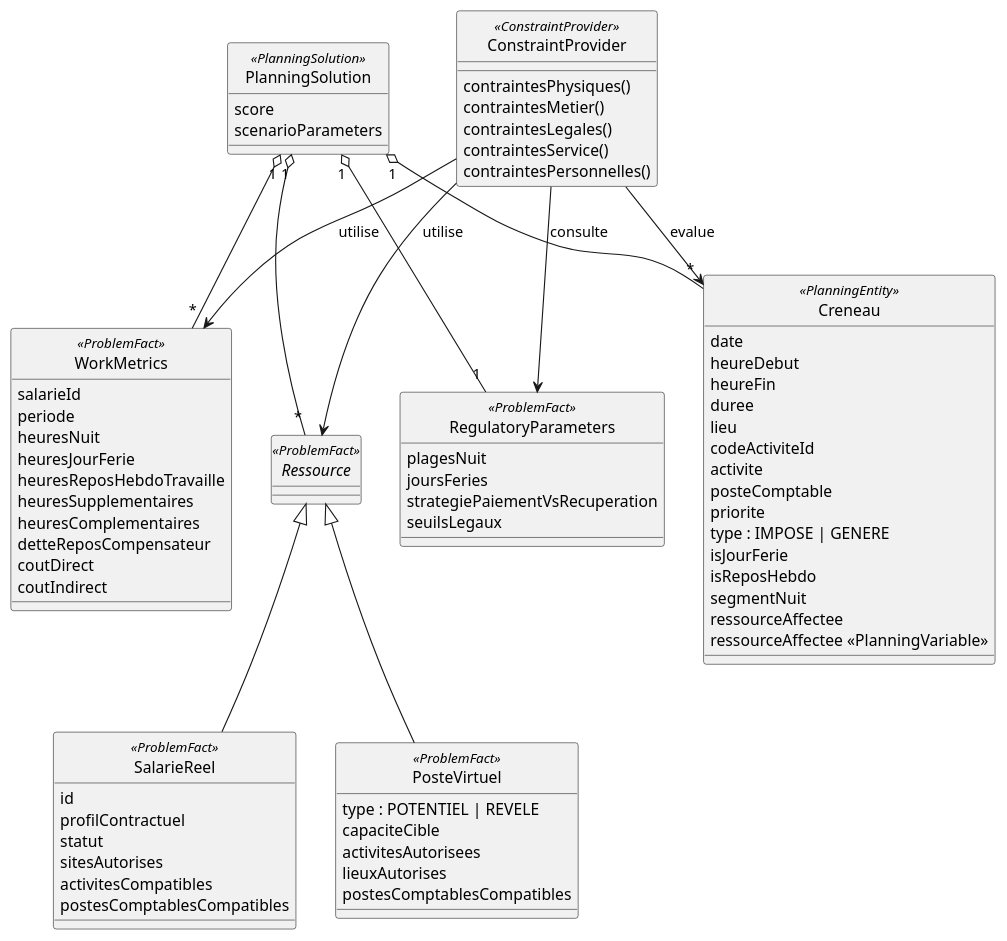
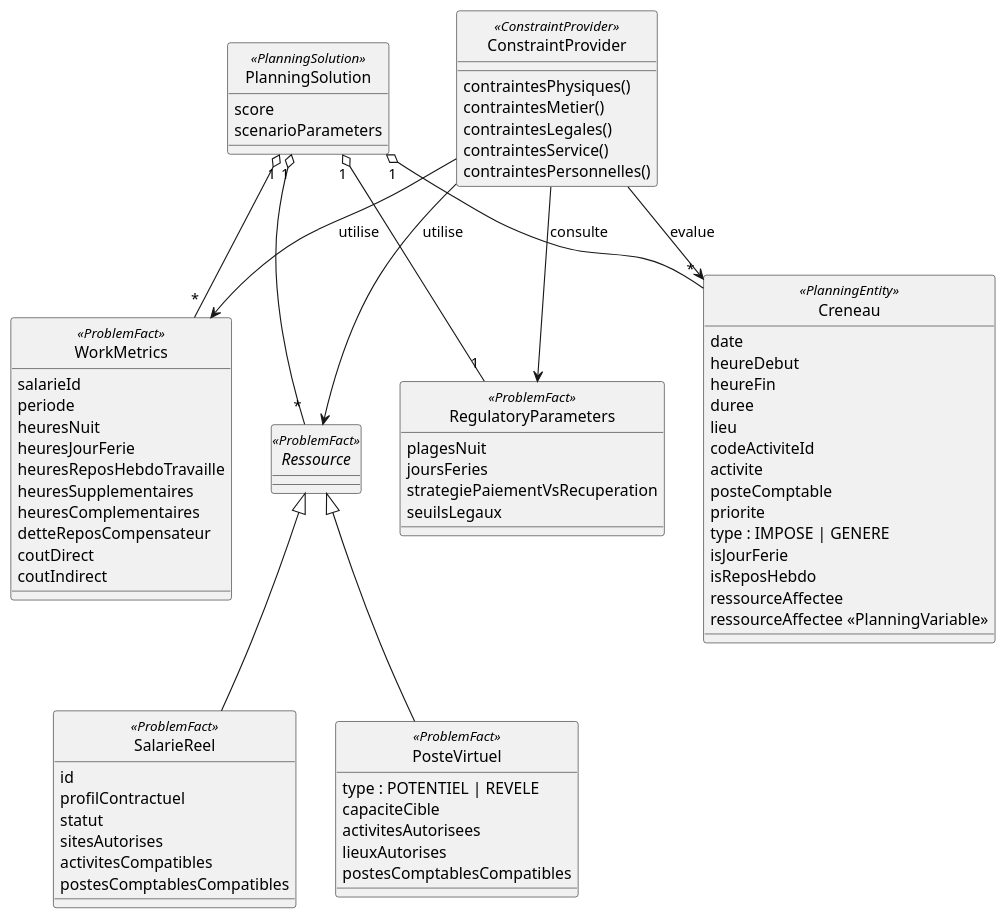
The diagram in docs/UML_Optaplanner.md (cpovereau/ocealia-planning-engine), drawn with PlantUML before and after one commit. The commit also changed 31 other files, not shown here.

```diff
--- a/docs/UML_Optaplanner.md
+++ b/docs/UML_Optaplanner.md
@@ -86,7 +86,6 @@
   type : IMPOSE | GENERE
   isJourFerie
   isReposHebdo
-  segmentNuit
   ressourceAffectee
 }
 
```
